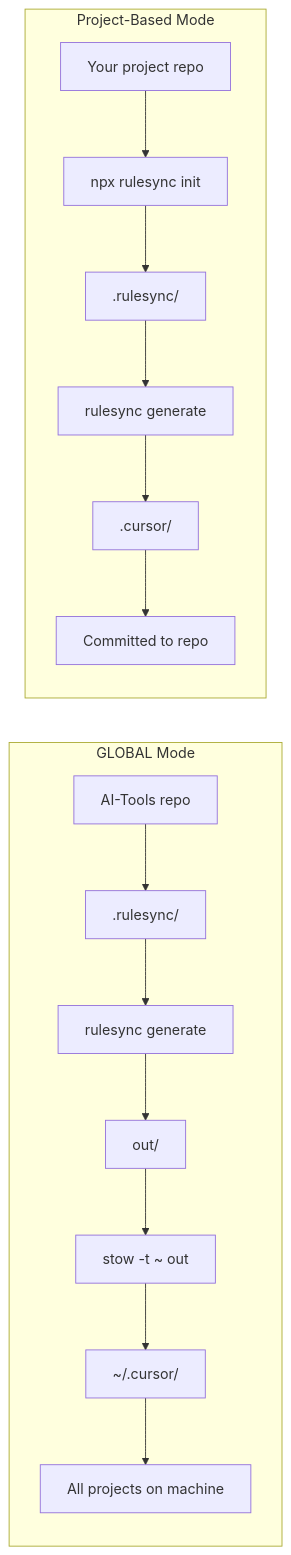
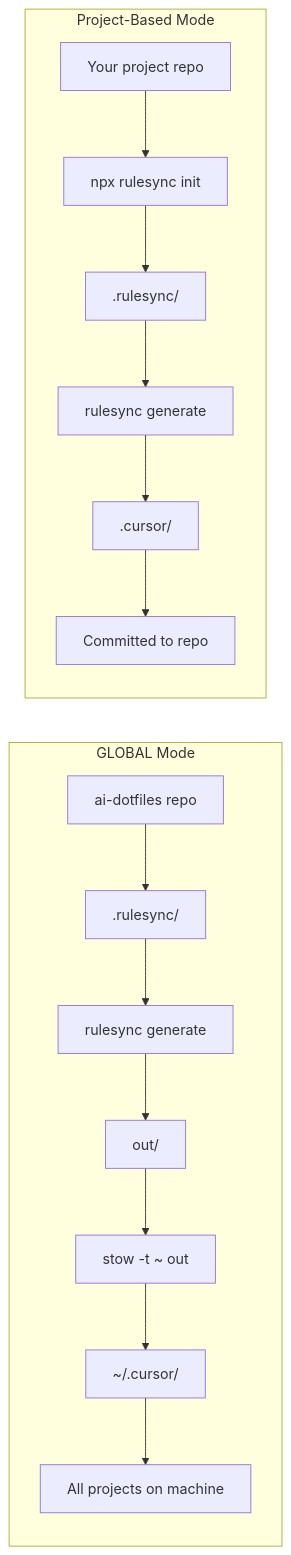
One commit to chris-nowicki/ai-dotfiles changed the diagram in README.md. Above: the diagram before and after it, drawn with Mermaid. The commit also changed other lines of this file, not shown here.

Commit message:
docs: update repo name references to ai-dotfiles

````diff
--- a/README.md
+++ b/README.md
@@ -51,36 +51,36 @@
 ```mermaid
 flowchart LR
     subgraph global [GLOBAL Mode]
         direction TB
-        G_REPO["AI-Tools repo"]
+        G_REPO["ai-dotfiles repo"]
         G_RS[".rulesync/"]
         G_GEN["rulesync generate"]
         G_OUT["out/"]
         G_STOW["stow -t ~ out"]
         G_HOME["~/.cursor/"]
         G_ALL["All projects on machine"]
 
         G_REPO --> G_RS
         G_RS --> G_GEN
         G_GEN --> G_OUT
         G_OUT --> G_STOW
         G_STOW --> G_HOME
         G_HOME --> G_ALL
     end
 
     subgraph project [Project-Based Mode]
         direction TB
         P_REPO["Your project repo"]
         P_INIT["npx rulesync init"]
         P_RS[".rulesync/"]
         P_GEN["rulesync generate"]
         P_OUT[".cursor/"]
         P_STAY["Committed to repo"]
 
         P_REPO --> P_INIT
         P_INIT --> P_RS
         P_RS --> P_GEN
         P_GEN --> P_OUT
         P_OUT --> P_STAY
     end
 ```
````
